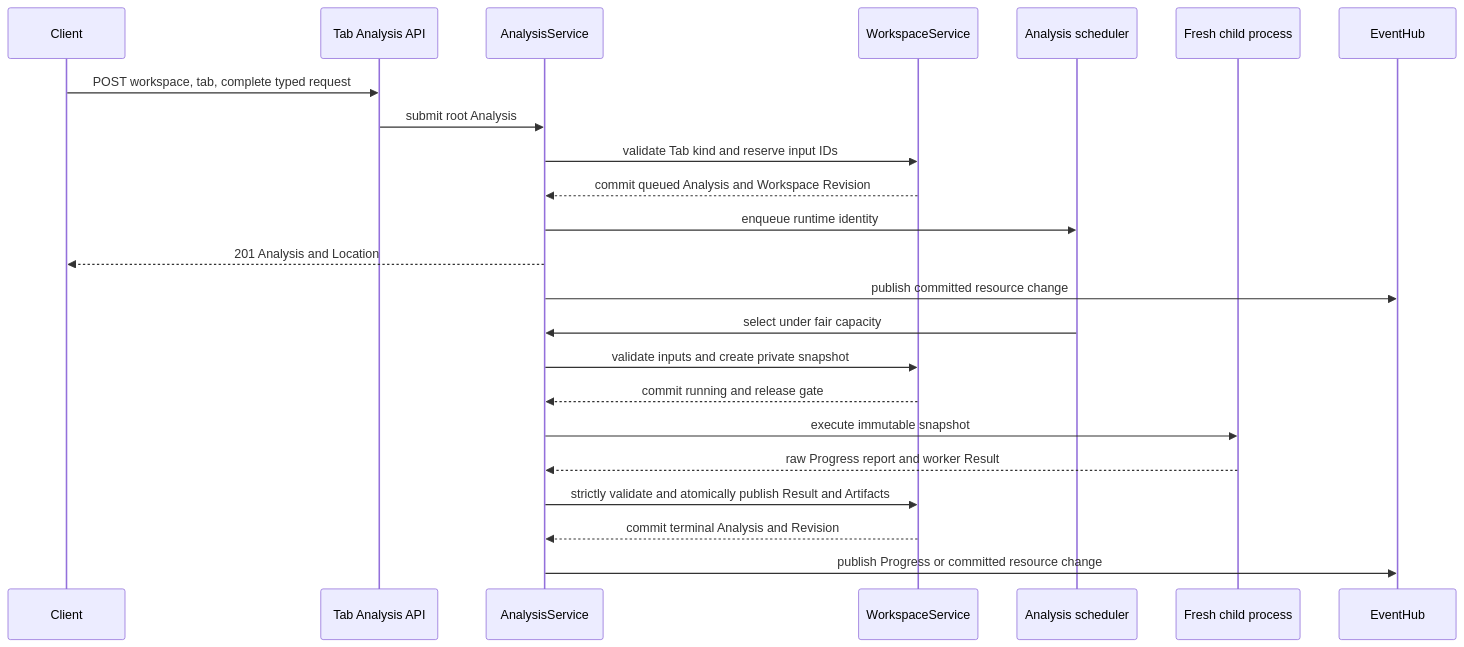
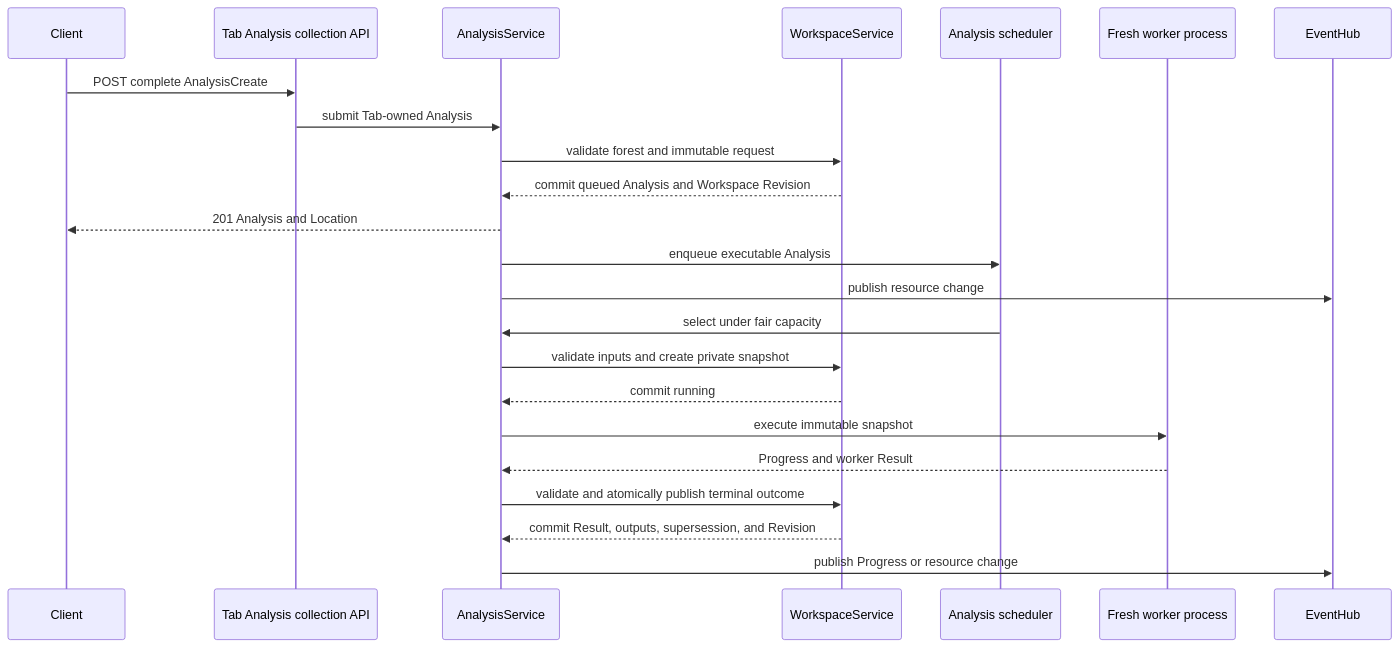
The second of 5 diagrams in docs/architecture/backend/analysis-data-flow.md (Australian-Text-Analytics-Platform/ldaca_web_app), drawn with Mermaid before and after one commit. The commit also changed other lines of this file and 26 other files, not shown here.

Commit message:
docs: record tab-owned analysis result lifecycle

````diff
--- a/docs/architecture/backend/analysis-data-flow.md
+++ b/docs/architecture/backend/analysis-data-flow.md
@@ -15,27 +27,27 @@
 ```mermaid
 sequenceDiagram
     participant Client
-    participant API as Tab Analysis API
+    participant API as Tab Analysis collection API
     participant Analysis as AnalysisService
     participant Workspace as WorkspaceService
     participant Scheduler as Analysis scheduler
-    participant Process as Fresh child process
+    participant Process as Fresh worker process
     participant Events as EventHub
 
-    Client->>API: POST workspace, tab, complete typed request
-    API->>Analysis: submit root Analysis
-    Analysis->>Workspace: validate Tab kind and reserve input IDs
+    Client->>API: POST complete AnalysisCreate
+    API->>Analysis: submit Tab-owned Analysis
+    Analysis->>Workspace: validate forest and immutable request
     Workspace-->>Analysis: commit queued Analysis and Workspace Revision
-    Analysis->>Scheduler: enqueue runtime identity
     Analysis-->>Client: 201 Analysis and Location
-    Analysis->>Events: publish committed resource change
+    Analysis->>Scheduler: enqueue executable Analysis
+    Analysis->>Events: publish resource change
 
     Scheduler->>Analysis: select under fair capacity
     Analysis->>Workspace: validate inputs and create private snapshot
-    Workspace-->>Analysis: commit running and release gate
+    Workspace-->>Analysis: commit running
     Analysis->>Process: execute immutable snapshot
-    Process-->>Analysis: raw Progress report and worker Result
-    Analysis->>Workspace: strictly validate and atomically publish Result and Artifacts
-    Workspace-->>Analysis: commit terminal Analysis and Revision
-    Analysis->>Events: publish Progress or committed resource change
+    Process-->>Analysis: Progress and worker Result
+    Analysis->>Workspace: validate and atomically publish terminal outcome
+    Workspace-->>Analysis: commit Result, outputs, supersession, and Revision
+    Analysis->>Events: publish Progress or resource change
 ```
````
